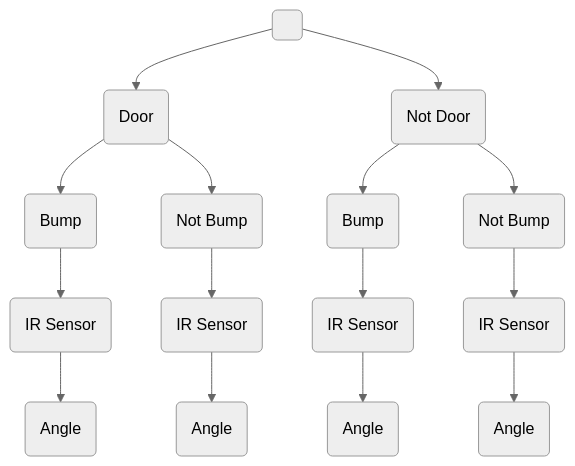
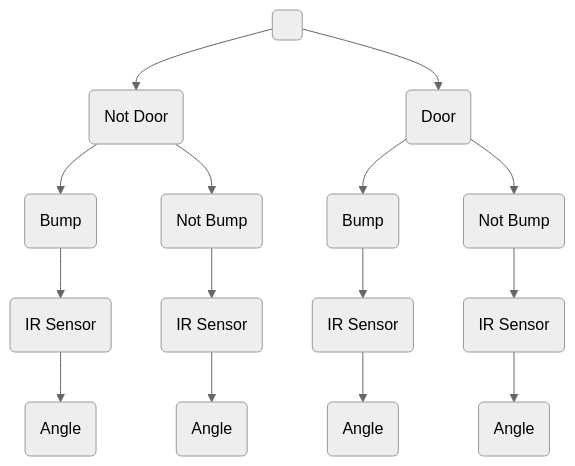
The second of 3 diagrams in README.md (vamshireddy7008/CSE5694-IROBOT), drawn with Mermaid (neutral theme) before and after one commit. The commit also changed other lines of this file, not shown here.

First line of the commit message:
updated readme diagrams

````diff
--- a/README.md
+++ b/README.md
@@ -82,36 +82,36 @@
 ```mermaid
 graph TD;
     head( )
     d(Door)
     w(Not Door)
 
     bw(Bump)
     sbw(IR Sensor)
     abw(Angle)
     nbw(Not Bump)
     sw(IR Sensor)
     aw(Angle)
     
     bd(Bump)
     sbd(IR Sensor)
     abd(Angle)
     nbd(Not Bump)
     sd(IR Sensor)
     ad(Angle)
 
-    head-->d;
-    d-->bw;
-    d-->nbw;
+    head-->w;
+    w-->bw;
+    w-->nbw;
     nbw-->sw;
     sw-->aw;
     bw-->sbw;
     sbw-->abw;
 
-    head-->w;
-    w-->bd;
-    w-->nbd;
+    head-->d;
+    d-->bd;
+    d-->nbd;
     nbd-->sd;
     sd-->ad;
     bd-->sbd;
     sbd-->abd;
 ```
````
